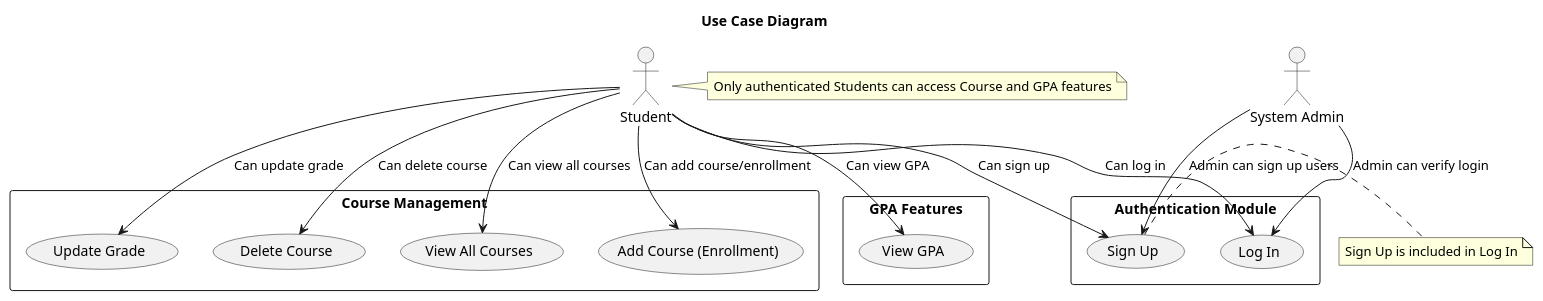
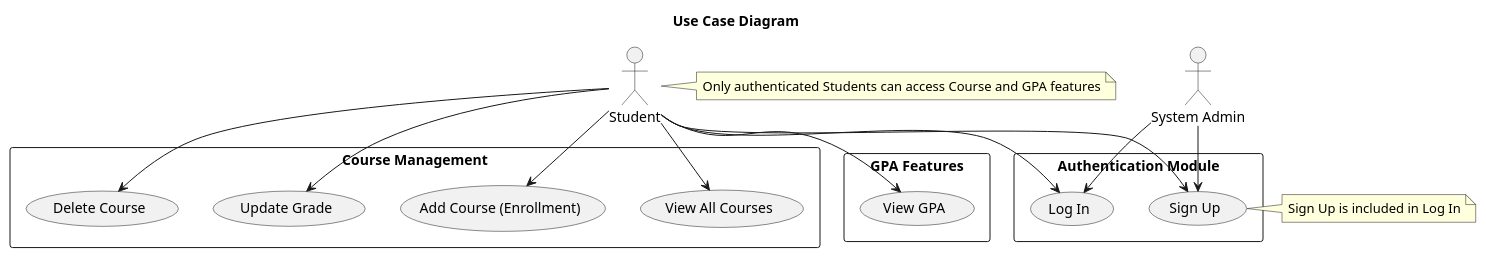
The diagram in uml/use_case.wsd (lunarOntologist/prj-1), drawn with PlantUML before and after one commit. The commit also changed 3 other files, not shown here.

Commit message:
Update UML

```diff
--- a/uml/use_case.wsd
+++ b/uml/use_case.wsd
@@ -1,37 +1,37 @@
 @startuml use_case
 title Use Case Diagram
 
 actor "Student" as S
 actor "System Admin" as SA
 
 rectangle "Authentication Module" {
     usecase "Sign Up" as UC1
     usecase "Log In" as UC2
     }
 
 note right of UC1 : Sign Up is included in Log In
 
 rectangle "Course Management" {
     usecase "View All Courses" as UC3
     usecase "Add Course (Enrollment)" as UC4
     usecase "Update Grade" as UC5
     usecase "Delete Course" as UC6
     }
 
 rectangle "GPA Features" {
     usecase "View GPA" as UC7
     }
 
-S --> UC1 : Can sign up
-S --> UC2 : Can log in
-S --> UC3 : Can view all courses
-S --> UC4 : Can add course/enrollment
-S --> UC5 : Can update grade
-S --> UC6 : Can delete course
-S --> UC7 : Can view GPA
+S --> UC1
+S --> UC2
+S --> UC3
+S --> UC4
+S --> UC5
+S --> UC6
+S --> UC7
 
-SA --> UC1 : Admin can sign up users
-SA --> UC2 : Admin can verify login
+SA --> UC1
+SA --> UC2
 
 note right of S: Only authenticated Students can access Course and GPA features
 @enduml
```
